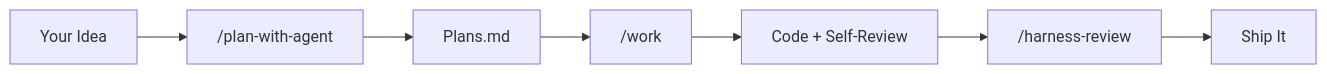
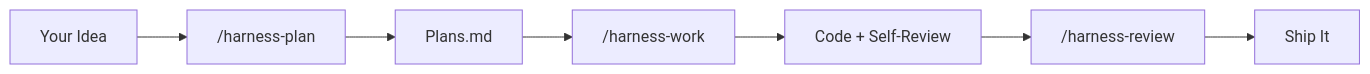
The diagram in README.md (jyf2100/claude-code-harness), drawn with Mermaid before and after one commit. The commit also changed other lines of this file and 1 other file, not shown here.

First line of the commit message:
docs: update README command names to v3 harness- prefix

````diff
--- a/README.md
+++ b/README.md
@@ -34,9 +34,9 @@
 ```mermaid
 graph LR
-    A[Your Idea] --> B["/plan-with-agent"]
+    A[Your Idea] --> B["/harness-plan"]
     B --> C["Plans.md"]
-    C --> D["/work"]
+    C --> D["/harness-work"]
     D --> E["Code + Self-Review"]
     E --> F["/harness-review"]
     F --> G["Ship It"]
 ```
````
